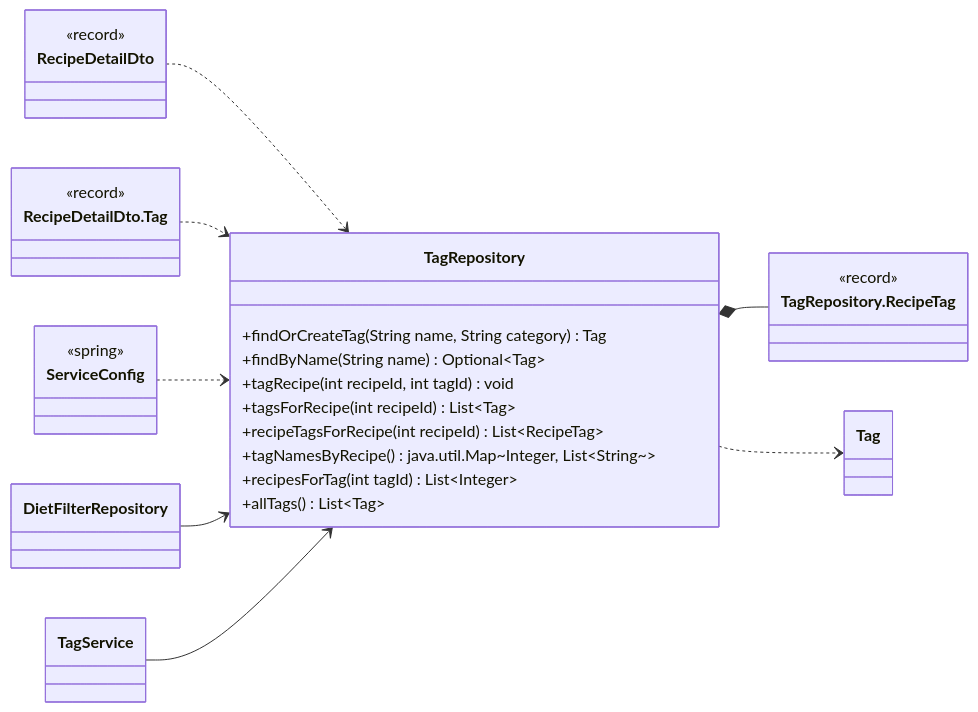
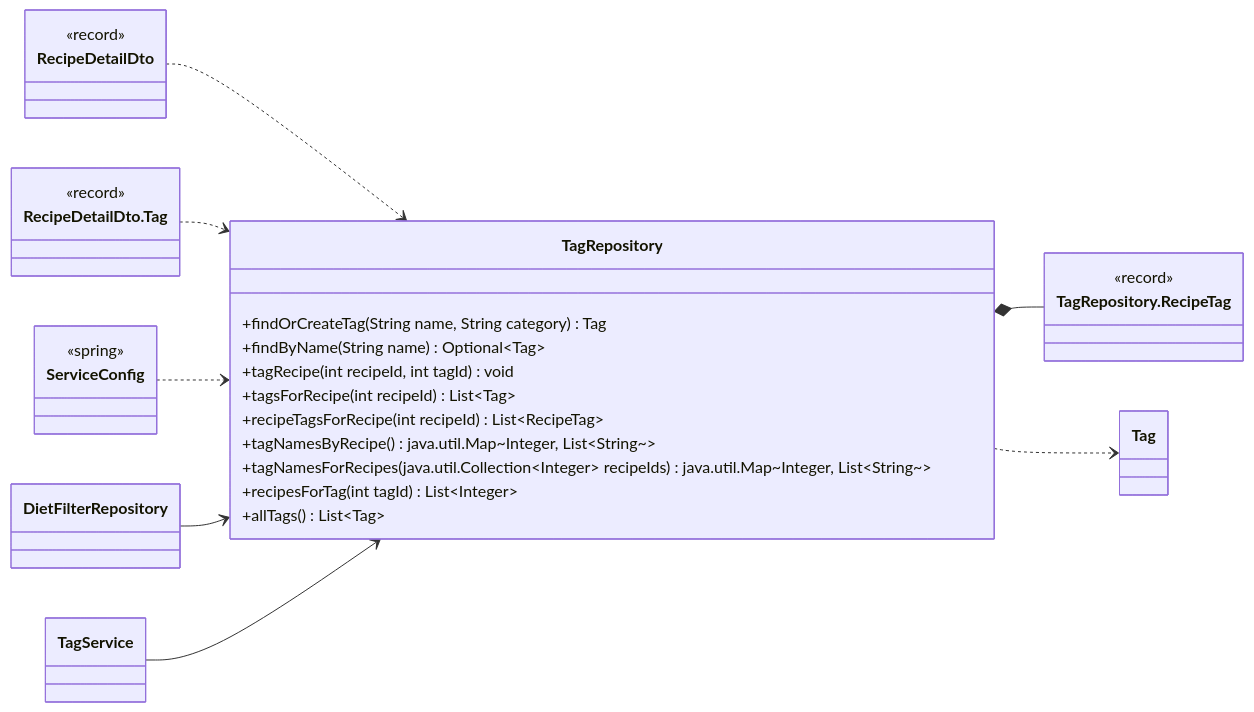
Before and after one commit to Nate-ryan-7690/dahaem: diagram 27 of 30 in docs/classes/tags.md, drawn with Mermaid. The commit also changed other lines of this file and 35 other files, not shown here.

First line of the commit message:
Recipe search and paging for GET /api/recipes

````diff
--- a/docs/classes/tags.md
+++ b/docs/classes/tags.md
@@ -1327,36 +1327,37 @@
 ```mermaid
 classDiagram
     direction LR
     class tags_TagRepository["TagRepository"] {
         +findOrCreateTag(String name, String category) Tag
         +findByName(String name) Optional~Tag~
         +tagRecipe(int recipeId, int tagId) void
         +tagsForRecipe(int recipeId) List~Tag~
         +recipeTagsForRecipe(int recipeId) List~RecipeTag~
         +tagNamesByRecipe() java.util.Map~Integer, List~String~~
+        +tagNamesForRecipes(java.util.Collection~Integer~ recipeIds) java.util.Map~Integer, List~String~~
         +recipesForTag(int tagId) List~Integer~
         +allTags() List~Tag~
     }
     class tags_TagRepository_RecipeTag["TagRepository.RecipeTag"] {
         <<record>>
     }
     class diet_DietFilterRepository["DietFilterRepository"]
     class tags_TagService["TagService"]
     class tags_Tag["Tag"]
     class api_RecipeDetailDto["RecipeDetailDto"] {
         <<record>>
     }
     class api_RecipeDetailDto_Tag["RecipeDetailDto.Tag"] {
         <<record>>
     }
     class api_ServiceConfig["ServiceConfig"] {
         <<spring>>
     }
     tags_TagRepository *-- tags_TagRepository_RecipeTag
     tags_TagRepository ..> tags_Tag
     api_RecipeDetailDto ..> tags_TagRepository
     api_RecipeDetailDto_Tag ..> tags_TagRepository
     api_ServiceConfig ..> tags_TagRepository
     diet_DietFilterRepository --> tags_TagRepository
     tags_TagService --> tags_TagRepository
 ```
````
